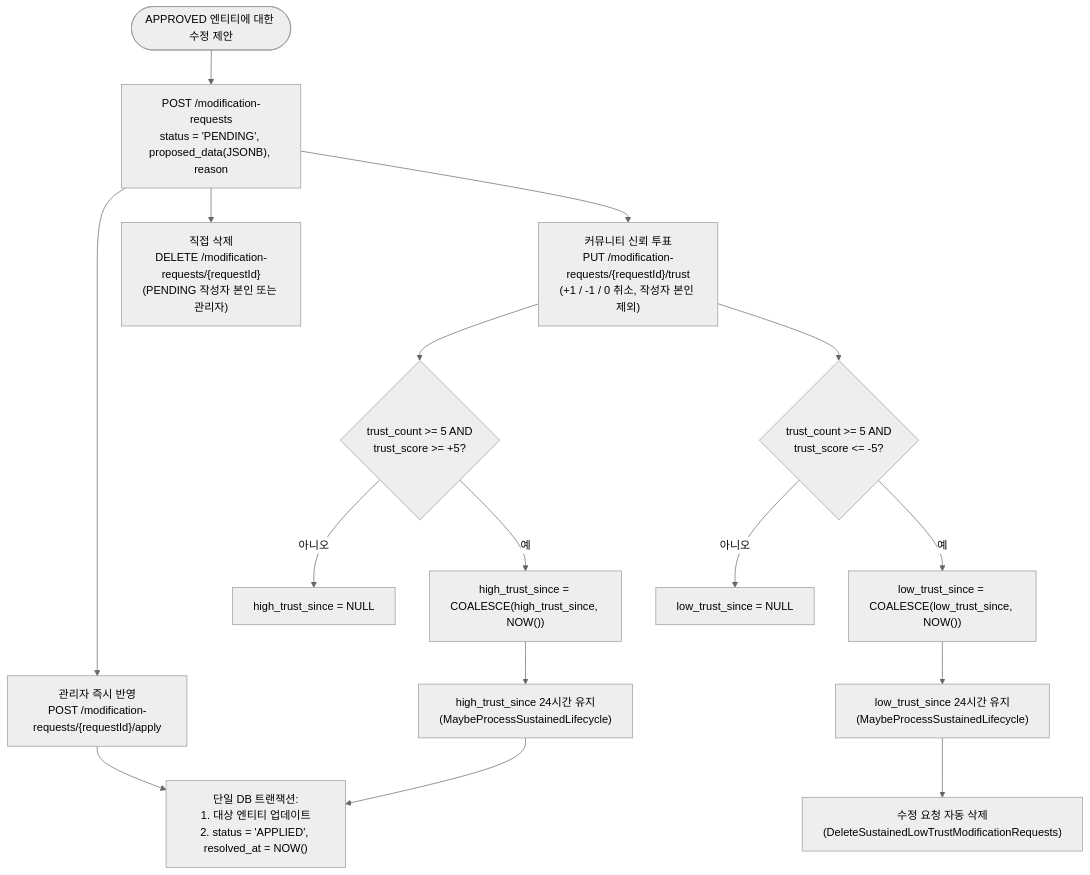
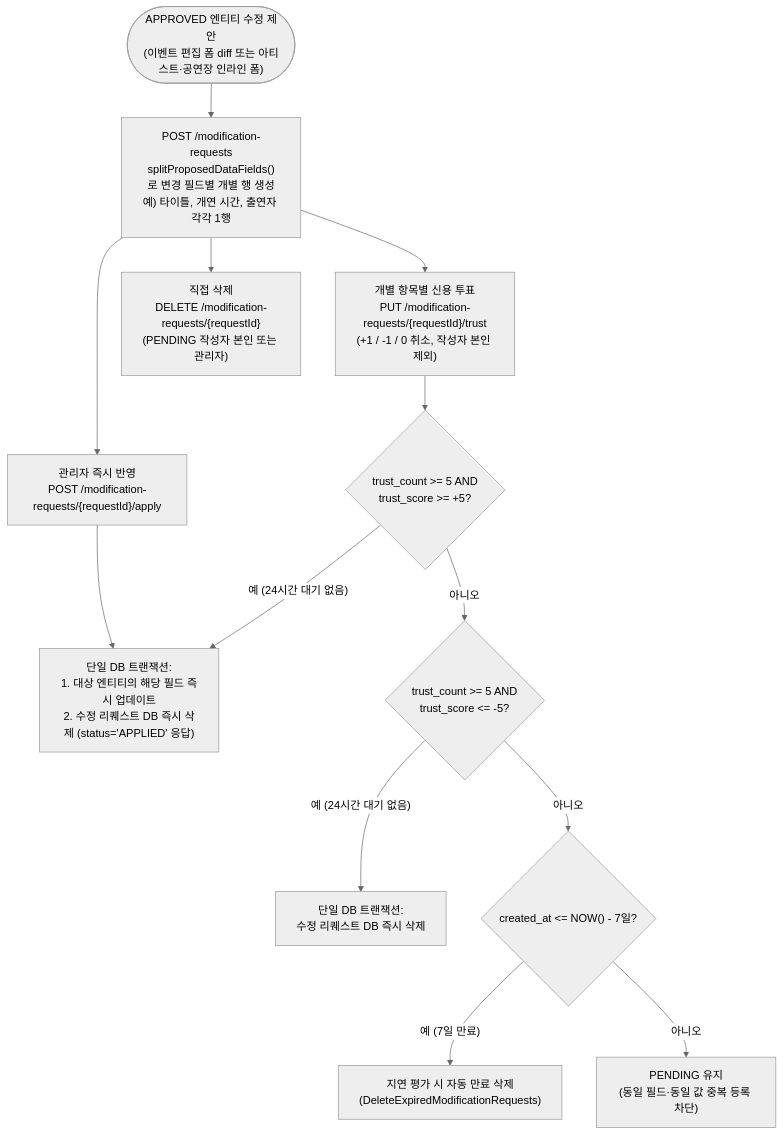
Before and after one commit to koanghun/eventer-map: the third of 4 diagrams in wiki/DATA_GOVERNANCE_AND_CREDIT_POLICY.md, drawn with Mermaid (neutral theme). The commit also changed other lines of this file and 17 other files, not shown here.

Commit message:
feat: add duplicate modification prevention and TTL cleanup for pending requests

````diff
--- a/wiki/DATA_GOVERNANCE_AND_CREDIT_POLICY.md
+++ b/wiki/DATA_GOVERNANCE_AND_CREDIT_POLICY.md
@@ -152,22 +153,17 @@
 ```mermaid
 flowchart TD
-    Start(["APPROVED 엔티티에 대한 수정 제안"]) --> Create["POST /modification-requests<br/>status = 'PENDING', proposed_data(JSONB), reason"]
-    Create --> Vote["커뮤니티 신뢰 투표<br/>PUT /modification-requests/{requestId}/trust<br/>(+1 / -1 / 0 취소, 작성자 본인 제외)"]
+    Start(["APPROVED 엔티티 수정 제안<br/>(이벤트 편집 폼 diff 또는 아티스트·공연장 인라인 폼)"]) --> Create["POST /modification-requests<br/>splitProposedDataFields()로 변경 필드별 개별 행 생성<br/>예) 타이틀, 개연 시간, 출연자 각각 1행"]
+    Create --> Vote["개별 항목별 신용 투표<br/>PUT /modification-requests/{requestId}/trust<br/>(+1 / -1 / 0 취소, 작성자 본인 제외)"]
     Create --> AdminApply["관리자 즉시 반영<br/>POST /modification-requests/{requestId}/apply"]
     Create --> ManualDelete["직접 삭제<br/>DELETE /modification-requests/{requestId}<br/>(PENDING 작성자 본인 또는 관리자)"]
 
     Vote --> CheckHigh{"trust_count >= 5 AND<br/>trust_score >= +5?"}
-    CheckHigh -- "예" --> SetHigh["high_trust_since = COALESCE(high_trust_since, NOW())"]
-    CheckHigh -- "아니오" --> ResetHigh["high_trust_since = NULL"]
-
-    Vote --> CheckLow{"trust_count >= 5 AND<br/>trust_score <= -5?"}
-    CheckLow -- "예" --> SetLow["low_trust_since = COALESCE(low_trust_since, NOW())"]
-    CheckLow -- "아니오" --> ResetLow["low_trust_since = NULL"]
-
-    SetHigh --> Wait24H["high_trust_since 24시간 유지<br/>(MaybeProcessSustainedLifecycle)"]
-    Wait24H --> TxApply["단일 DB 트랜잭션:<br/>1. 대상 엔티티 업데이트<br/>2. status = 'APPLIED', resolved_at = NOW()"]
+    CheckHigh -- "예 (24시간 대기 없음)" --> TxApply["단일 DB 트랜잭션:<br/>1. 대상 엔티티의 해당 필드 즉시 업데이트<br/>2. 수정 리퀘스트 DB 즉시 삭제 (status='APPLIED' 응답)"]
     AdminApply --> TxApply
 
-    SetLow --> Wait24L["low_trust_since 24시간 유지<br/>(MaybeProcessSustainedLifecycle)"]
-    Wait24L --> AutoDelete["수정 요청 자동 삭제<br/>(DeleteSustainedLowTrustModificationRequests)"]
+    CheckHigh -- "아니오" --> CheckLow{"trust_count >= 5 AND<br/>trust_score <= -5?"}
+    CheckLow -- "예 (24시간 대기 없음)" --> AutoDelete["단일 DB 트랜잭션:<br/>수정 리퀘스트 DB 즉시 삭제"]
+    CheckLow -- "아니오" --> CheckTTL{"created_at <= NOW() - 7일?"}
+    CheckTTL -- "예 (7일 만료)" --> ExpireDelete["지연 평가 시 자동 만료 삭제<br/>(DeleteExpiredModificationRequests)"]
+    CheckTTL -- "아니오" --> KeepPending["PENDING 유지<br/>(동일 필드·동일 값 중복 등록 차단)"]
 ```
````
